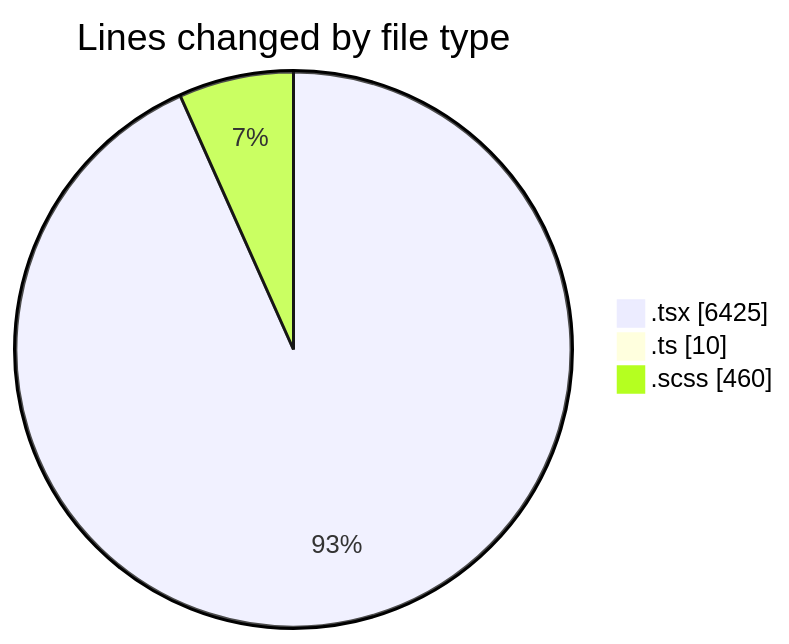
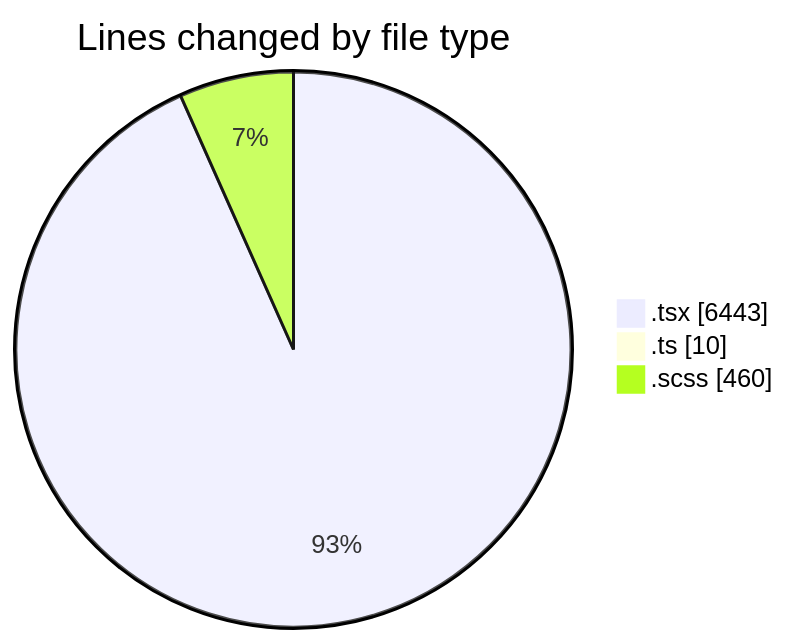
One commit to momahboobian/code-tracking changed the first of 2 diagrams in 2025-11-17/cda/README.md. Above: the diagram before and after it, drawn with Mermaid. The commit also changed other lines of this file and 1 other file, not shown here.

````diff
--- a/2025-11-17/cda/README.md
+++ b/2025-11-17/cda/README.md
@@ -31,7 +31,7 @@
 ```mermaid
 pie showData
 title Lines changed by file type
-".tsx" : 6425
+".tsx" : 6443
 ".ts" : 10
 ".scss" : 460
 ```
````
